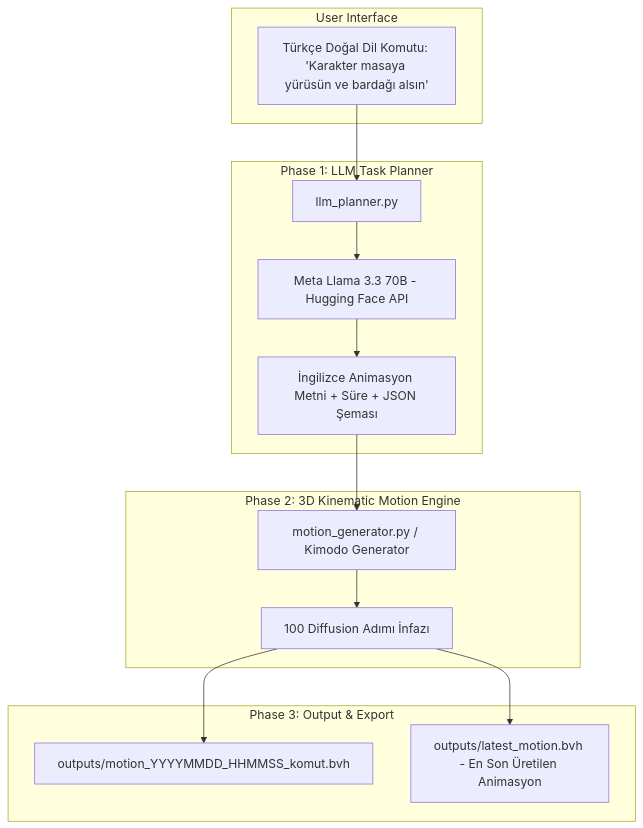
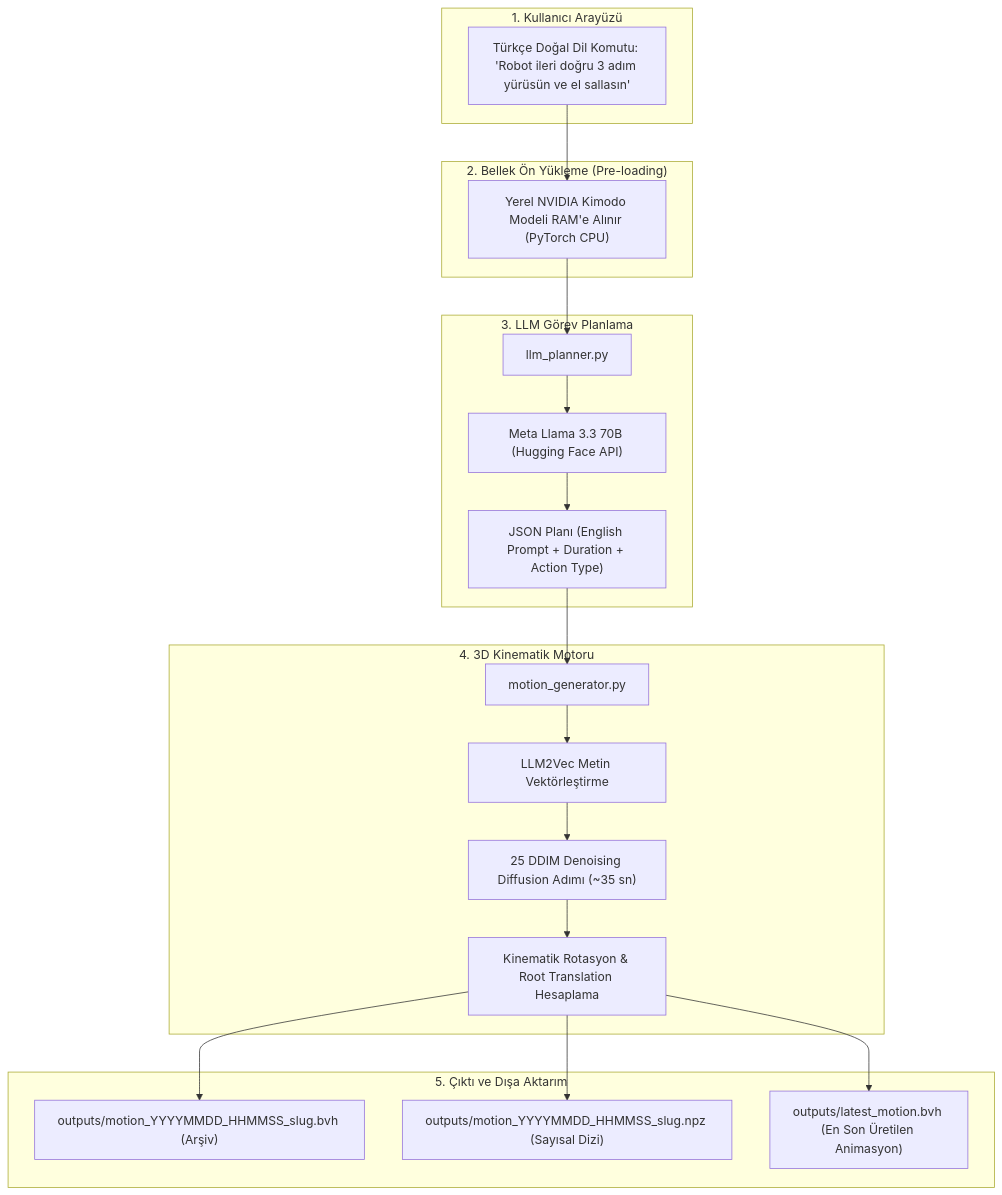
The diagram in README_PROJECT_GUIDE.md (TurkayAydogan/KimodoAIMotion), drawn with Mermaid before and after one commit. The commit also changed other lines of this file and 15 other files, not shown here.

````diff
--- a/README_PROJECT_GUIDE.md
+++ b/README_PROJECT_GUIDE.md
@@ -22,22 +23,38 @@
 ```mermaid
 flowchart TD
-    subgraph User Interface
-        A[Türkçe Doğal Dil Komutu: 'Karakter masaya yürüsün ve bardağı alsın']
+    subgraph UI["1. Kullanıcı Arayüzü"]
+        A["Türkçe Doğal Dil Komutu: 'Robot ileri doğru 3 adım yürüsün ve el sallasın'"]
     end
 
-    subgraph Phase 1: LLM Task Planner
-        A --> B[llm_planner.py]
-        B --> C[Meta Llama 3.3 70B - Hugging Face API]
-        C --> D[İngilizce Animasyon Metni + Süre + JSON Şeması]
+    subgraph Preload["2. Bellek Ön Yükleme (Pre-loading)"]
+        B["Yerel NVIDIA Kimodo Modeli RAM'e Alınır (PyTorch CPU)"]
     end
 
-    subgraph Phase 2: 3D Kinematic Motion Engine
-        D --> E[motion_generator.py / Kimodo Generator]
-        E --> F[100 Diffusion Adımı İnfazı]
+    subgraph Phase1["3. LLM Görev Planlama"]
+        C["llm_planner.py"]
+        D["Meta Llama 3.3 70B (Hugging Face API)"]
+        E["JSON Planı (English Prompt + Duration + Action Type)"]
+        C --> D --> E
     end
 
-    subgraph Phase 3: Output & Export
-        F --> G[outputs/motion_YYYYMMDD_HHMMSS_komut.bvh]
-        F --> H[outputs/latest_motion.bvh - En Son Üretilen Animasyon]
+    subgraph Phase2["4. 3D Kinematik Motoru"]
+        F["motion_generator.py"]
+        G["LLM2Vec Metin Vektörleştirme"]
+        H["25 DDIM Denoising Diffusion Adımı (~35 sn)"]
+        I["Kinematik Rotasyon & Root Translation Hesaplama"]
+        F --> G --> H --> I
     end
+
+    subgraph Phase3["5. Çıktı ve Dışa Aktarım"]
+        J["outputs/motion_YYYYMMDD_HHMMSS_slug.bvh (Arşiv)"]
+        K["outputs/motion_YYYYMMDD_HHMMSS_slug.npz (Sayısal Dizi)"]
+        L["outputs/latest_motion.bvh (En Son Üretilen Animasyon)"]
+    end
+
+    A --> B
+    B --> C
+    E --> F
+    I --> J
+    I --> K
+    I --> L
 ```
````
